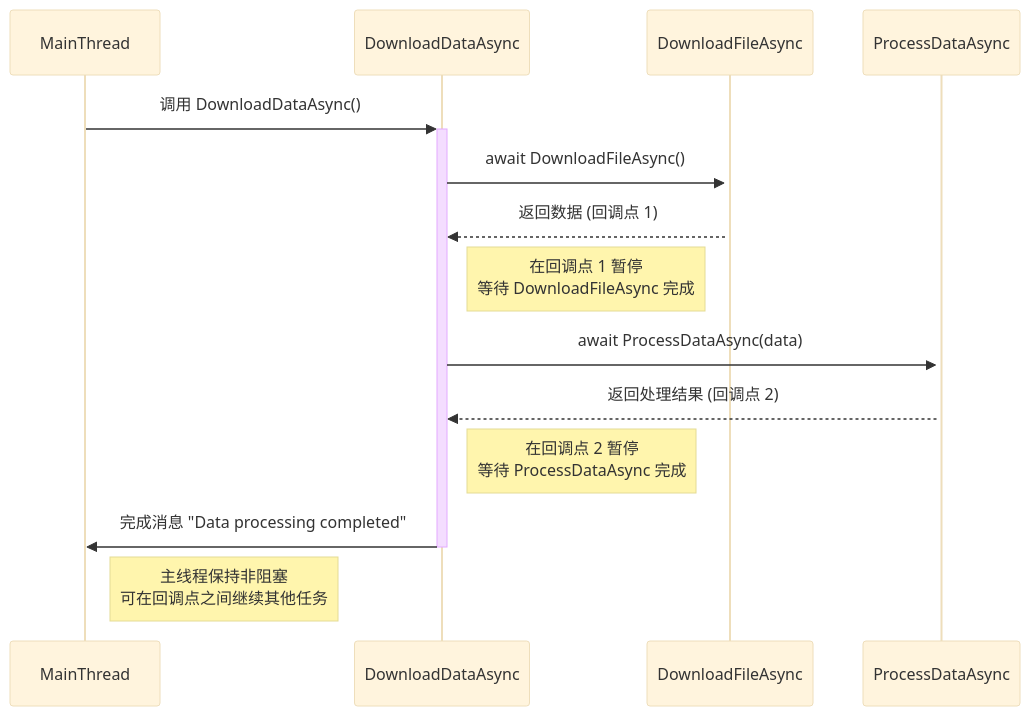
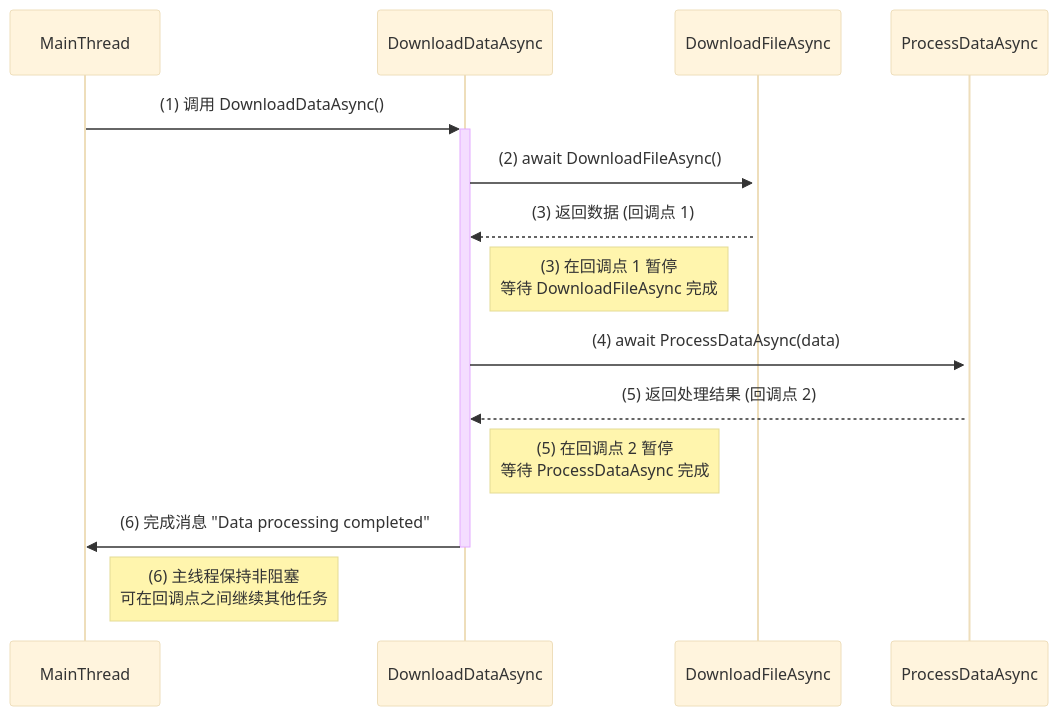
The diagram in C#/多线程杂项主题/Task-Based Asynchronous Programming.md (uwspstar/20-Day-Challenge-List), drawn with Mermaid (base theme) before and after one commit. The commit also changed other lines of this file, not shown here.

Commit message:
Update Task-Based Asynchronous Programming.md

````diff
--- a/C#/多线程杂项主题/Task-Based Asynchronous Programming.md
+++ b/C#/多线程杂项主题/Task-Based Asynchronous Programming.md
@@ -140,22 +140,22 @@
 ```mermaid
 sequenceDiagram
     participant 主线程 as MainThread
     participant 下载数据异步 as DownloadDataAsync
     participant 下载文件异步 as DownloadFileAsync
     participant 处理数据异步 as ProcessDataAsync
 
-    主线程->>+下载数据异步: 调用 DownloadDataAsync()
-    下载数据异步->>+下载文件异步: await DownloadFileAsync()
-    下载文件异步-->>下载数据异步: 返回数据 (回调点 1)
+    主线程->>+下载数据异步: (1) 调用 DownloadDataAsync()
+    下载数据异步->>+下载文件异步: (2) await DownloadFileAsync()
+    下载文件异步-->>下载数据异步: (3) 返回数据 (回调点 1)
 
-    Note right of 下载数据异步: 在回调点 1 暂停<br>等待 DownloadFileAsync 完成
+    Note right of 下载数据异步: (3) 在回调点 1 暂停<br>等待 DownloadFileAsync 完成
 
-    下载数据异步->>+处理数据异步: await ProcessDataAsync(data)
-    处理数据异步-->>下载数据异步: 返回处理结果 (回调点 2)
+    下载数据异步->>+处理数据异步: (4) await ProcessDataAsync(data)
+    处理数据异步-->>下载数据异步: (5) 返回处理结果 (回调点 2)
 
-    Note right of 下载数据异步: 在回调点 2 暂停<br>等待 ProcessDataAsync 完成
+    Note right of 下载数据异步: (5) 在回调点 2 暂停<br>等待 ProcessDataAsync 完成
 
-    下载数据异步->>-主线程: 完成消息 "Data processing completed"
+    下载数据异步->>-主线程: (6) 完成消息 "Data processing completed"
 
-    Note right of 主线程: 主线程保持非阻塞<br>可在回调点之间继续其他任务
+    Note right of 主线程: (6) 主线程保持非阻塞<br>可在回调点之间继续其他任务
 ```
````
